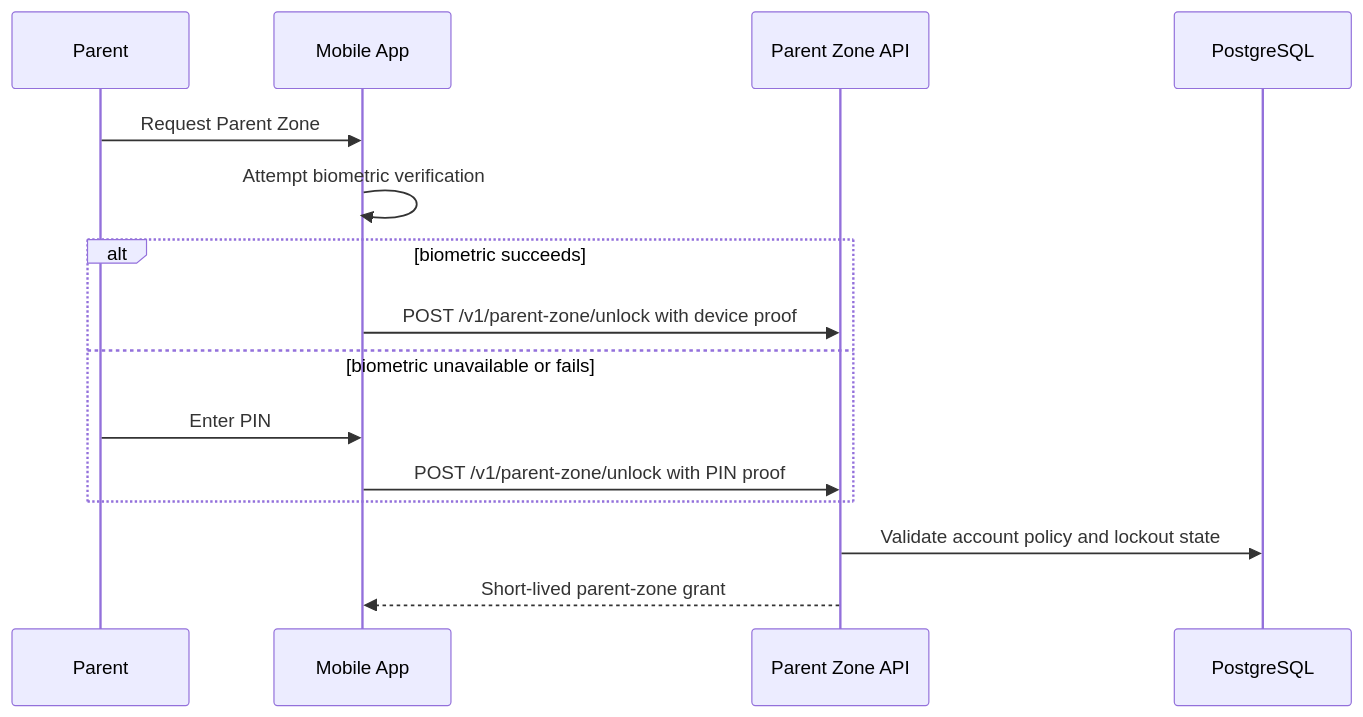
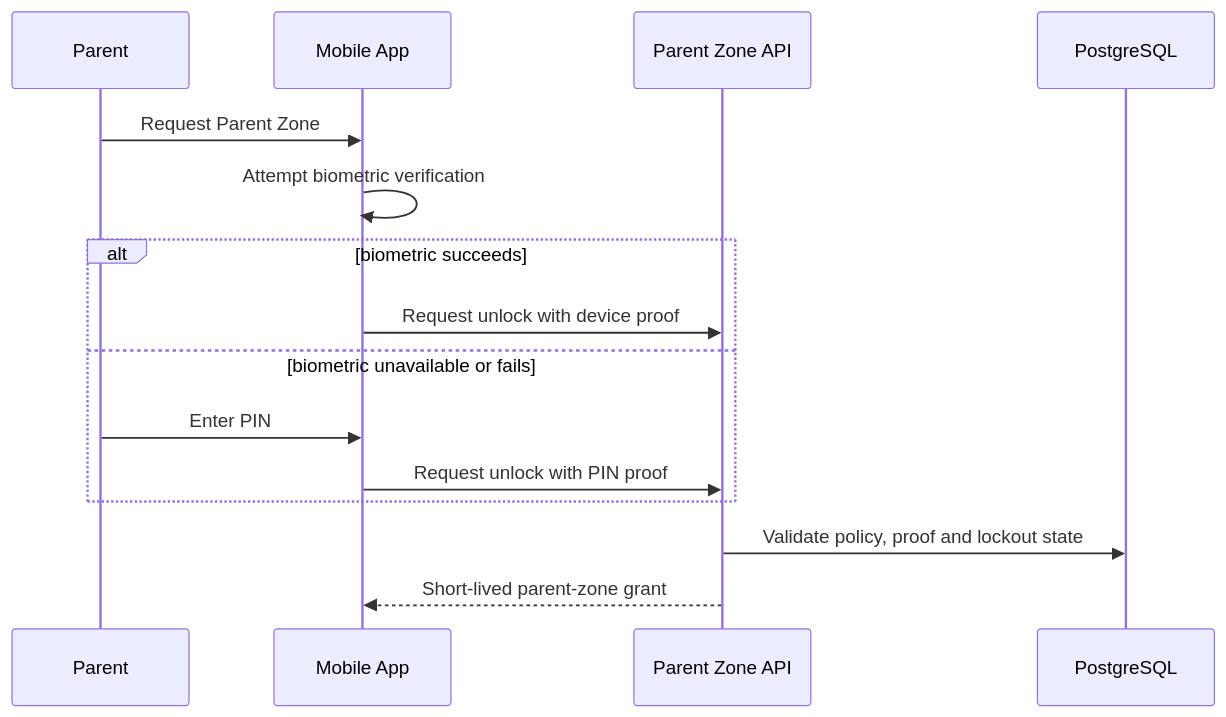
Before and after one commit to IoanMarian08/KidsAudioBookPlatform: the third of 14 diagrams in docs/03_Architecture/System_Flows.md, drawn with Mermaid. The commit also changed other lines of this file, not shown here.

Commit message:
Document system flows

````diff
--- a/docs/03_Architecture/System_Flows.md
+++ b/docs/03_Architecture/System_Flows.md
@@ -80,18 +156,18 @@
 ```mermaid
 sequenceDiagram
     participant P as Parent
     participant M as Mobile App
     participant API as Parent Zone API
     participant DB as PostgreSQL
 
     P->>M: Request Parent Zone
     M->>M: Attempt biometric verification
     alt biometric succeeds
-        M->>API: POST /v1/parent-zone/unlock with device proof
+        M->>API: Request unlock with device proof
     else biometric unavailable or fails
         P->>M: Enter PIN
-        M->>API: POST /v1/parent-zone/unlock with PIN proof
+        M->>API: Request unlock with PIN proof
     end
-    API->>DB: Validate account policy and lockout state
+    API->>DB: Validate policy, proof and lockout state
     API-->>M: Short-lived parent-zone grant
 ```
````
